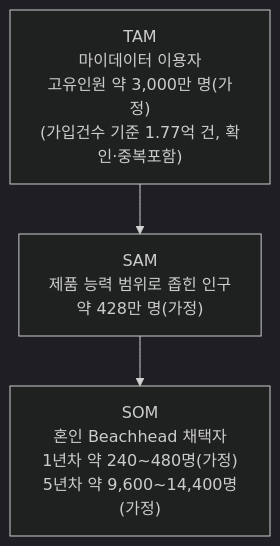
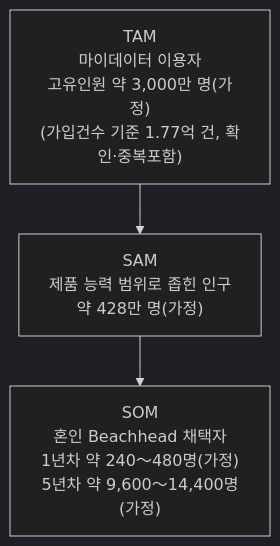
Before and after one commit to jennie-brain/idea: the first of 2 diagrams in Industry and Business Analysis/04_TAM-SAM-SOM_마켓세그먼트/01_TAM-SAM-SOM_마켓세그먼트.md, drawn with Mermaid (dark theme). The commit also changed other lines of this file and 21 other files, not shown here.

````diff
--- a/Industry and Business Analysis/04_TAM-SAM-SOM_마켓세그먼트/01_TAM-SAM-SOM_마켓세그먼트.md
+++ b/Industry and Business Analysis/04_TAM-SAM-SOM_마켓세그먼트/01_TAM-SAM-SOM_마켓세그먼트.md
@@ -27,5 +27,5 @@
 ```mermaid
 graph TD
     TAM["TAM<br/>마이데이터 이용자<br/>고유인원 약 3,000만 명(가정)<br/>(가입건수 기준 1.77억 건, 확인·중복포함)"] --> SAM["SAM<br/>제품 능력 범위로 좁힌 인구<br/>약 428만 명(가정)"]
-    SAM --> SOM["SOM<br/>혼인 Beachhead 채택자<br/>1년차 약 240~480명(가정)<br/>5년차 약 9,600~14,400명(가정)"]
+    SAM --> SOM["SOM<br/>혼인 Beachhead 채택자<br/>1년차 약 240～480명(가정)<br/>5년차 약 9,600～14,400명(가정)"]
 ```
````
